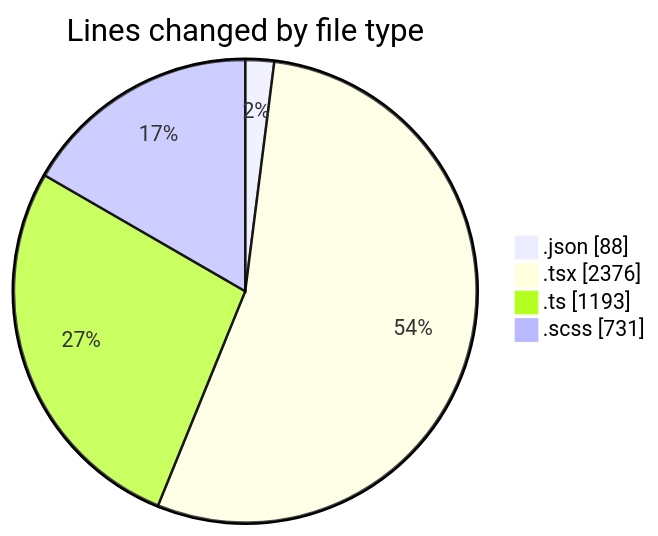
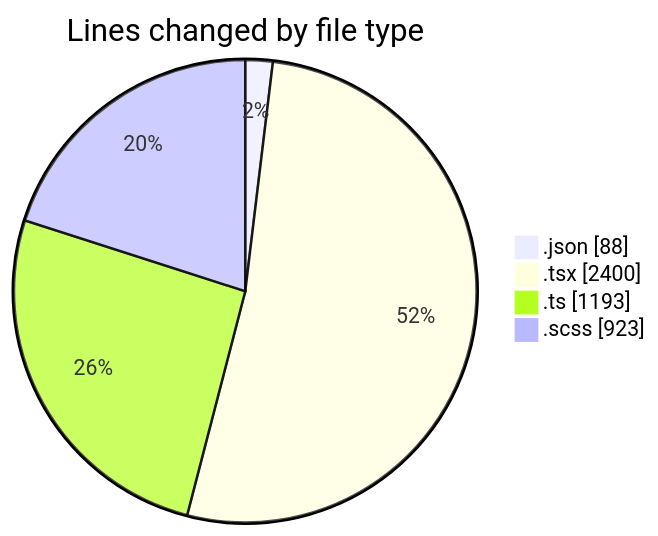
One commit to momahboobian/code-tracking changed the first of 2 diagrams in 2026-10-22/cda/README.md. Above: the diagram before and after it, drawn with Mermaid. The commit also changed other lines of this file and 1 other file, not shown here.

````diff
--- a/2026-10-22/cda/README.md
+++ b/2026-10-22/cda/README.md
@@ -30,8 +30,8 @@
 ```mermaid
 pie showData
 title Lines changed by file type
 ".json" : 88
-".tsx" : 2376
+".tsx" : 2400
 ".ts" : 1193
-".scss" : 731
+".scss" : 923
 ```
````
